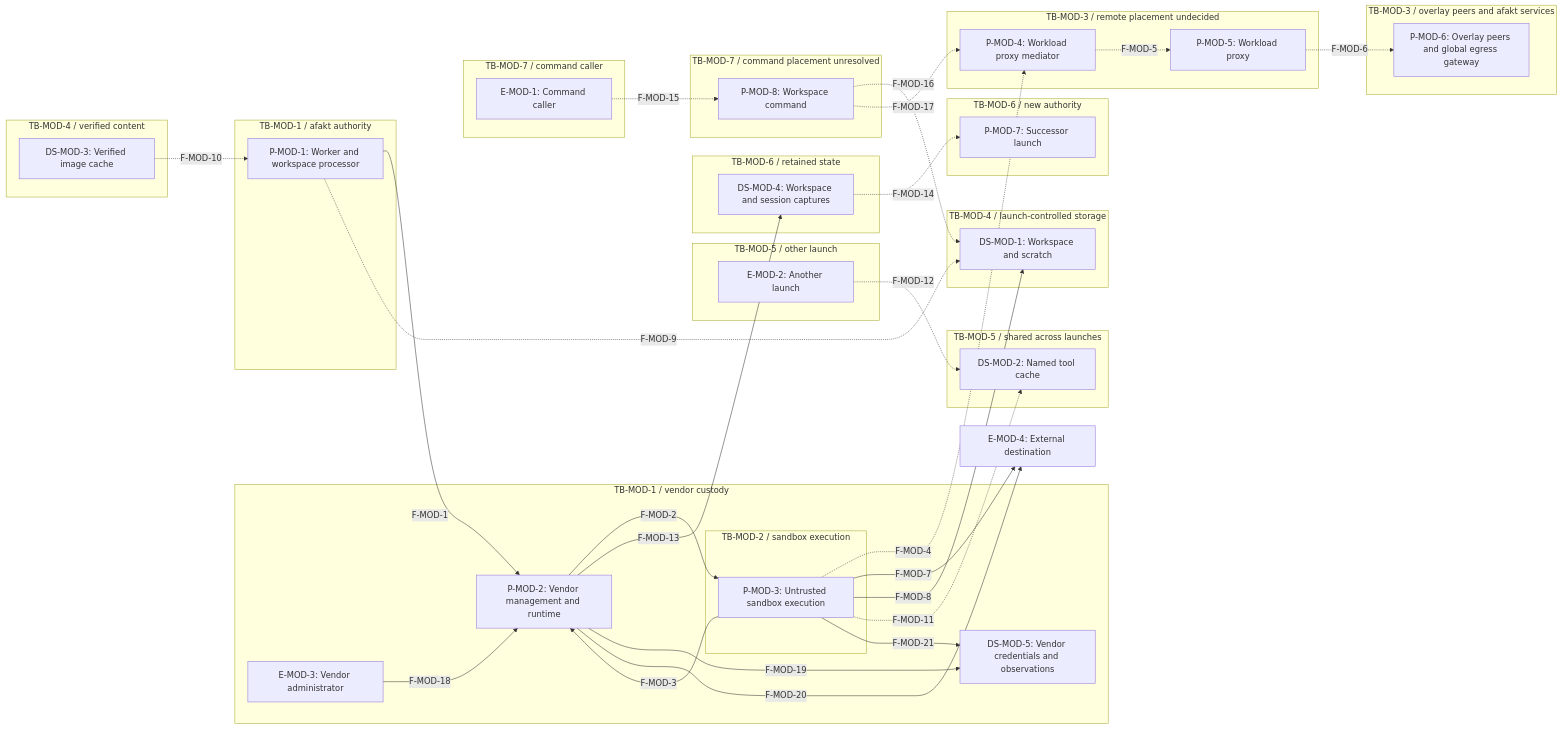
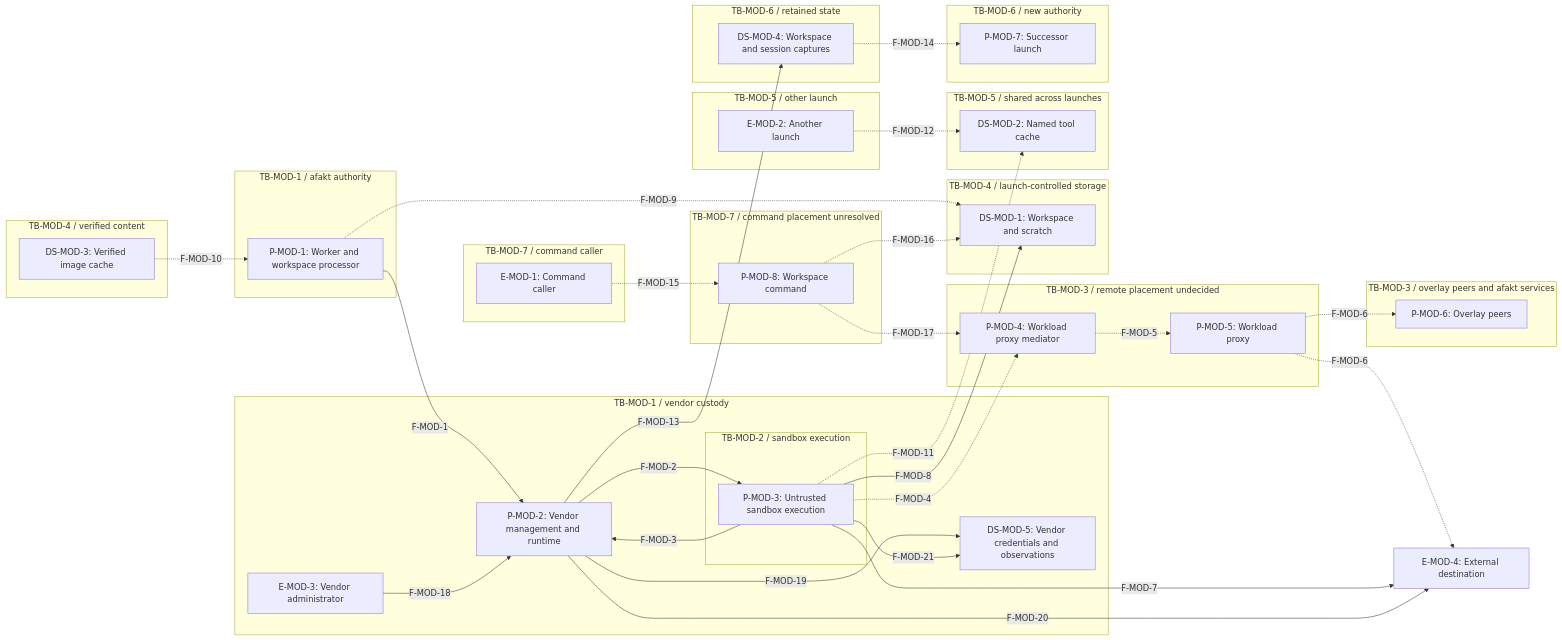
The first of 5 diagrams in docs/workload-threat-model-modal.md (tbhb-dev/afakt), drawn with Mermaid before and after one commit. The commit also changed other lines of this file and 32 other files, not shown here.

````diff
--- a/docs/workload-threat-model-modal.md
+++ b/docs/workload-threat-model-modal.md
@@ -64,67 +64,68 @@
 ```mermaid
 flowchart LR
     subgraph vendor["TB-MOD-1 / vendor custody"]
         P-MOD-2["P-MOD-2: Vendor management and runtime"]
         E-MOD-3["E-MOD-3: Vendor administrator"]
         DS-MOD-5["DS-MOD-5: Vendor credentials and observations"]
         subgraph execution["TB-MOD-2 / sandbox execution"]
             P-MOD-3["P-MOD-3: Untrusted sandbox execution"]
         end
     end
     subgraph afakt["TB-MOD-1 / afakt authority"]
         P-MOD-1["P-MOD-1: Worker and workspace processor"]
     end
     subgraph mediation["TB-MOD-3 / remote placement undecided"]
         P-MOD-4["P-MOD-4: Workload proxy mediator"]
         P-MOD-5["P-MOD-5: Workload proxy"]
     end
     subgraph services["TB-MOD-3 / overlay peers and afakt services"]
-        P-MOD-6["P-MOD-6: Overlay peers and global egress gateway"]
+        P-MOD-6["P-MOD-6: Overlay peers"]
     end
     subgraph files["TB-MOD-4 / launch-controlled storage"]
         DS-MOD-1["DS-MOD-1: Workspace and scratch"]
     end
     subgraph images["TB-MOD-4 / verified content"]
         DS-MOD-3["DS-MOD-3: Verified image cache"]
     end
     subgraph shared["TB-MOD-5 / shared across launches"]
         DS-MOD-2["DS-MOD-2: Named tool cache"]
     end
     subgraph other["TB-MOD-5 / other launch"]
         E-MOD-2["E-MOD-2: Another launch"]
     end
     subgraph capture["TB-MOD-6 / retained state"]
         DS-MOD-4["DS-MOD-4: Workspace and session captures"]
     end
     subgraph successor["TB-MOD-6 / new authority"]
         P-MOD-7["P-MOD-7: Successor launch"]
     end
     subgraph caller["TB-MOD-7 / command caller"]
         E-MOD-1["E-MOD-1: Command caller"]
     end
     subgraph command["TB-MOD-7 / command placement unresolved"]
         P-MOD-8["P-MOD-8: Workspace command"]
     end
     E-MOD-4["E-MOD-4: External destination"]
     P-MOD-1 -->|"F-MOD-1"| P-MOD-2
     P-MOD-2 -->|"F-MOD-2"| P-MOD-3
     P-MOD-3 -->|"F-MOD-3"| P-MOD-2
     P-MOD-3 -.->|"F-MOD-4"| P-MOD-4
     P-MOD-4 -.->|"F-MOD-5"| P-MOD-5
     P-MOD-5 -.->|"F-MOD-6"| P-MOD-6
+    P-MOD-5 -.->|"F-MOD-6"| E-MOD-4
     P-MOD-3 -->|"F-MOD-7"| E-MOD-4
     P-MOD-3 -->|"F-MOD-8"| DS-MOD-1
     P-MOD-1 -.->|"F-MOD-9"| DS-MOD-1
     DS-MOD-3 -.->|"F-MOD-10"| P-MOD-1
     P-MOD-3 -.->|"F-MOD-11"| DS-MOD-2
     E-MOD-2 -.->|"F-MOD-12"| DS-MOD-2
     P-MOD-2 -->|"F-MOD-13"| DS-MOD-4
     DS-MOD-4 -.->|"F-MOD-14"| P-MOD-7
     E-MOD-1 -.->|"F-MOD-15"| P-MOD-8
     P-MOD-8 -.->|"F-MOD-16"| DS-MOD-1
     P-MOD-8 -.->|"F-MOD-17"| P-MOD-4
     E-MOD-3 -->|"F-MOD-18"| P-MOD-2
     P-MOD-2 -->|"F-MOD-19"| DS-MOD-5
     P-MOD-2 -->|"F-MOD-20"| E-MOD-4
     P-MOD-3 -->|"F-MOD-21"| DS-MOD-5
 ```
````
